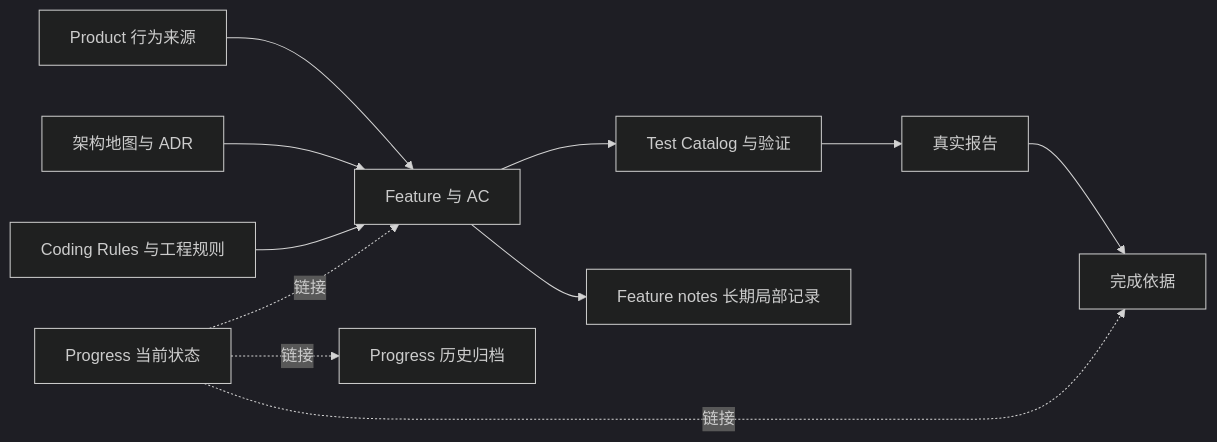
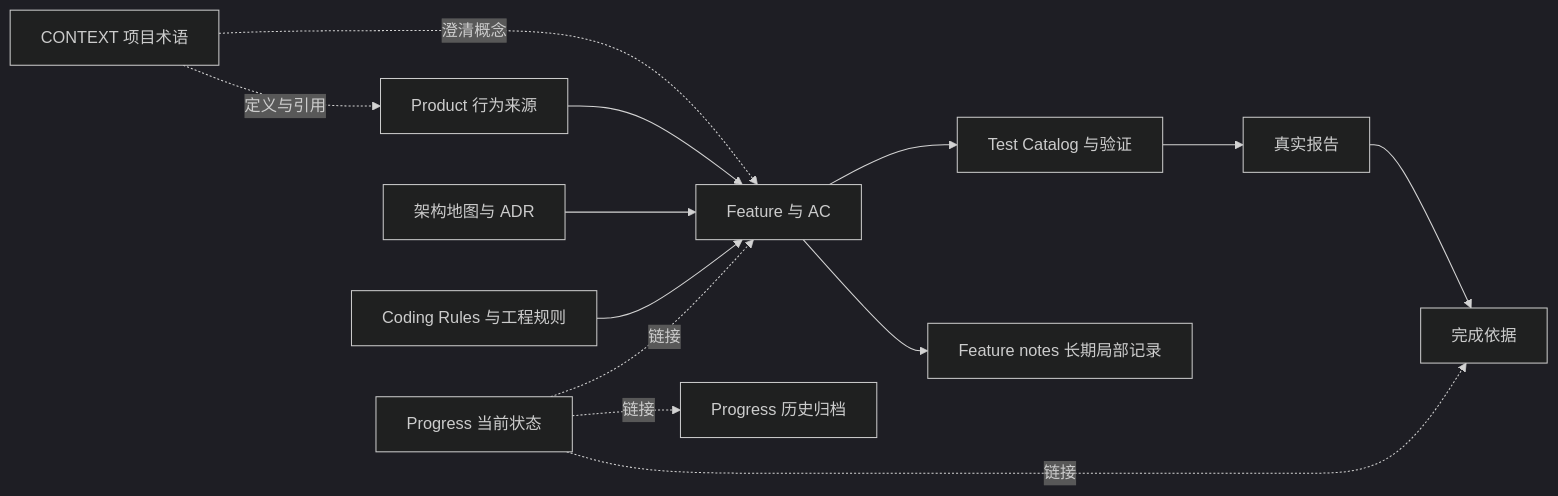
Before and after one commit to yxy823/Game_idle_yaya_frame: the first of 2 diagrams in framework/docs/blank-project/guides/project-knowledge.md, drawn with Mermaid (dark theme). The commit also changed other lines of this file and 22 other files, not shown here.

````diff
--- a/framework/docs/blank-project/guides/project-knowledge.md
+++ b/framework/docs/blank-project/guides/project-knowledge.md
@@ -22,13 +23,15 @@
 ```mermaid
 flowchart LR
+    V[CONTEXT 项目术语] -. 定义与引用 .-> P
+    V -. 澄清概念 .-> F
     P[Product 行为来源] --> F[Feature 与 AC]
     A[架构地图与 ADR] --> F
     C[Coding Rules 与工程规则] --> F
     F --> T[Test Catalog 与验证]
     T --> R[真实报告]
     R --> E[完成依据]
     F --> N[Feature notes 长期局部记录]
     H[Progress 当前状态] -. 链接 .-> F
     H -. 链接 .-> E
     H -. 链接 .-> Z[Progress 历史归档]
 ```
````
